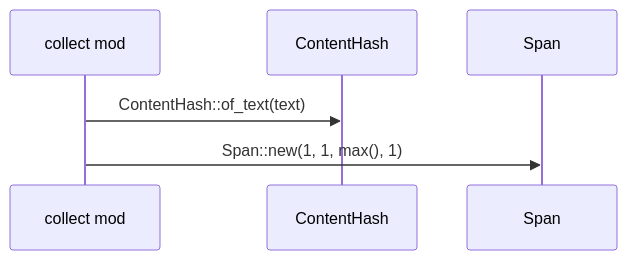
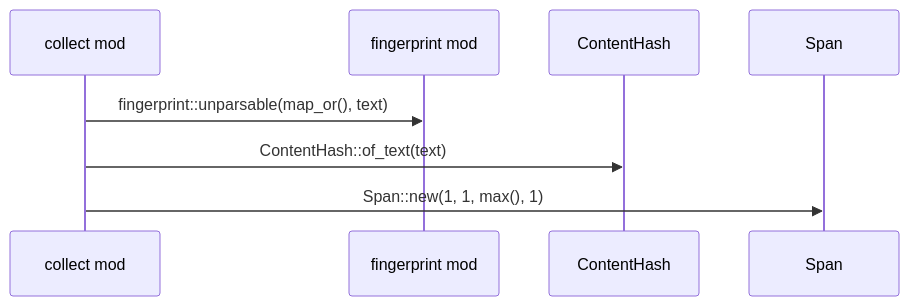
Before and after one commit to DreamLab-AI/codemaid: the third of 50 diagrams in docs/sealmap/crates/sealmap-rust/src/collect.rs.md, drawn with Mermaid. The commit also changed other lines of this file and 45 other files, not shown here.

First line of the commit message:
docs: regenerate the self-corpus for sym: ids and schema v2

````diff
--- a/docs/sealmap/crates/sealmap-rust/src/collect.rs.md
+++ b/docs/sealmap/crates/sealmap-rust/src/collect.rs.md
@@ -223,8 +296,10 @@
 ```mermaid
 sequenceDiagram
   participant sealmap_rust__collect as collect mod
-  participant sealmap_model__hash__ContentHash as ContentHash
-  participant sealmap_model__symbol__Span as Span
-  sealmap_rust__collect->>sealmap_model__hash__ContentHash: ContentHash::of_text(text)
-  sealmap_rust__collect->>sealmap_model__symbol__Span: Span::new(1, 1, max(), 1)
+  participant sealmap_rust__fingerprint as fingerprint mod
+  participant sealmap_model__hash___tContentHash as ContentHash
+  participant sealmap_model__symbol___tSpan as Span
+  sealmap_rust__collect->>sealmap_rust__fingerprint: fingerprint::unparsable(map_or(), text)
+  sealmap_rust__collect->>sealmap_model__hash___tContentHash: ContentHash::of_text(text)
+  sealmap_rust__collect->>sealmap_model__symbol___tSpan: Span::new(1, 1, max(), 1)
 ```
````
